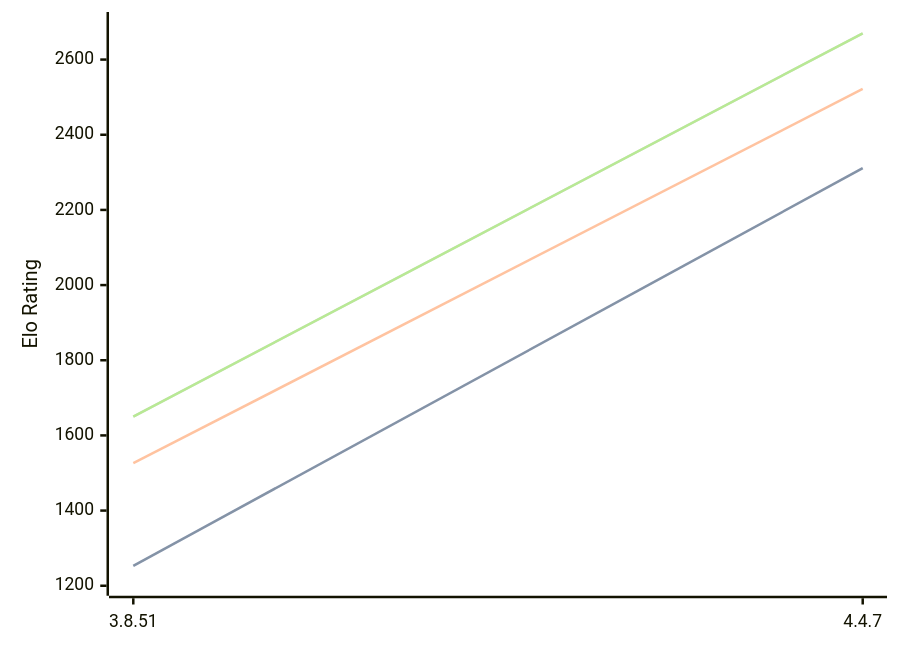
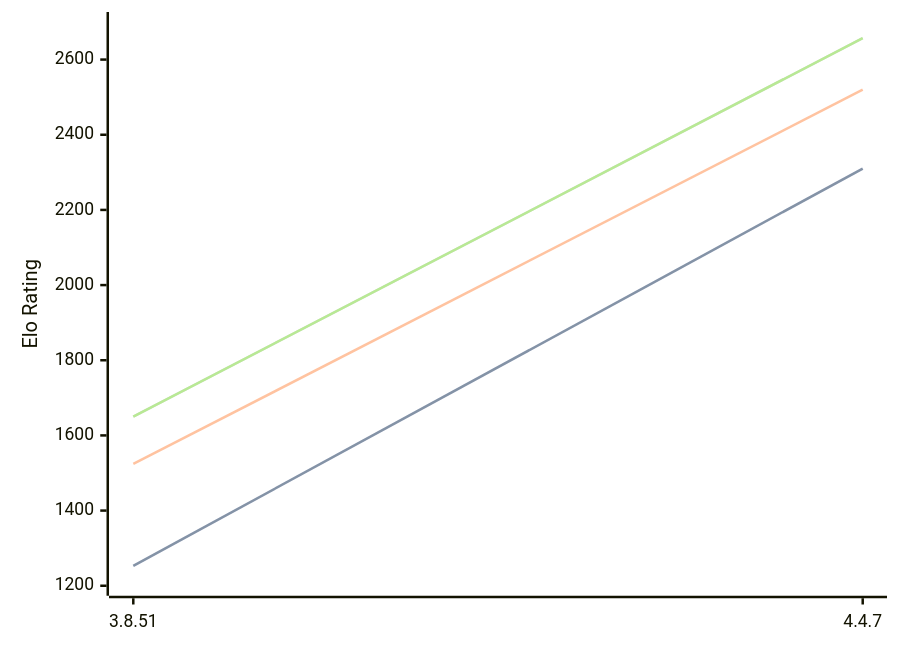
One commit to computer-chess-index/cci changed the diagram in engines/Scoria.md. Above: the diagram before and after it, drawn with Mermaid. The commit also changed other lines of this file, not shown here.

Commit message:
Update CCI Ratings (ELO VLTC) - 2026-08-27

````diff
--- a/engines/Scoria.md
+++ b/engines/Scoria.md
@@ -32,11 +32,11 @@
 ```mermaid
 %%{init: {"theme":"base","themeVariables":{"seriesColors:['#a3a3a3','#222221','#faa371']}}}%%
 xychart-beta
   x-axis ["3.8.51", "4.4.7"]
   y-axis "Elo Rating" 1200 --> 2700
-  line "STC (8.0+0.08s)" [1253, 2311]
-  line "STC (8.0+0.08s)" [1253, 2311]
-  line "LTC (60.0+0.60s)" [1526, 2522]
-  line "VLTC (2m24s+1.12s)" [1650, 2670]
-  line "VLTC (2m24s+1.12s)" [1650, 2670]
+  line "STC (8.0+0.08s)" [1253, 2310]
+  line "STC (8.0+0.08s)" [1253, 2310]
+  line "LTC (60.0+0.60s)" [1524, 2520]
+  line "VLTC (2m24s+1.12s)" [1650, 2657]
+  line "VLTC (2m24s+1.12s)" [1650, 2657]
 ```
````
